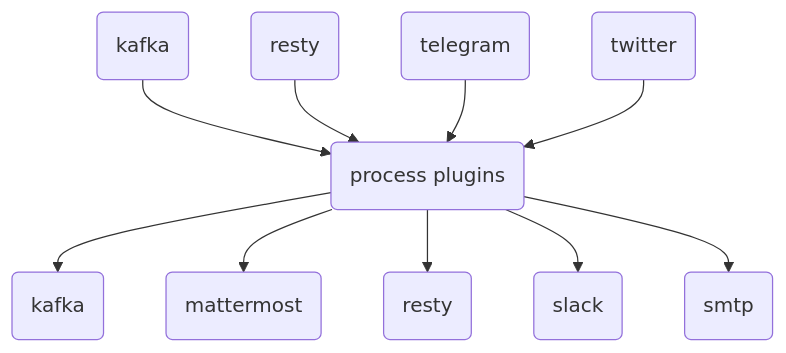
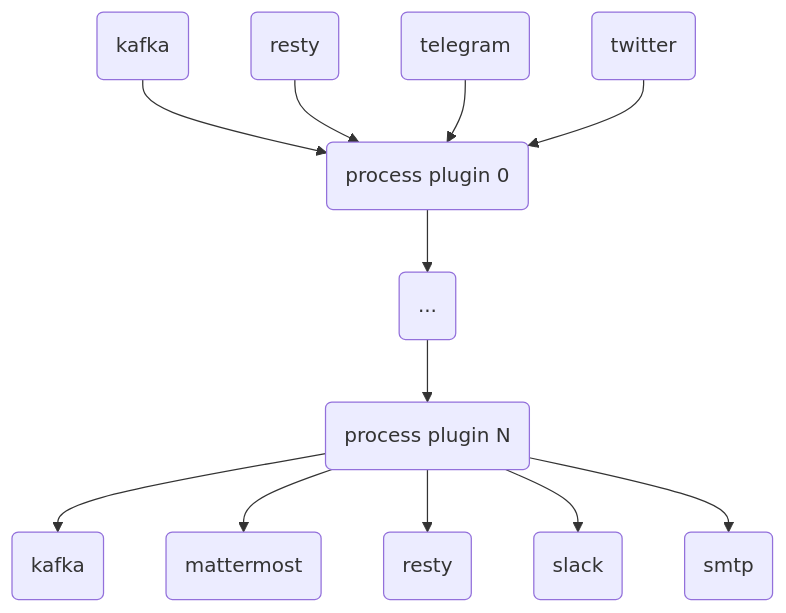
Before and after one commit to livelace/gosquito: the diagram in README.md, drawn with Mermaid.

Commit message:
mermaid experiment

````diff
--- a/README.md
+++ b/README.md
@@ -9,12 +9,14 @@
 ```mermaid
 graph TD;
-    I1(kafka)-->P1(process plugins);
+    I1(kafka)-->P1(process plugin 0);
     I2(resty)-->P1;
     I3(telegram)-->P1;
     I4(twitter)-->P1;
-    P1-->O1(kafka);
-    P1-->O2(mattermost);
-    P1-->O3(resty);
-    P1-->O4(slack);
-    P1-->O5(smtp);
+    P1-->P2(...);
+    P2-->P3(process plugin N);
+    P3-->O1(kafka);
+    P3-->O2(mattermost);
+    P3-->O3(resty);
+    P3-->O4(slack);
+    P3-->O5(smtp);
 ```
````
